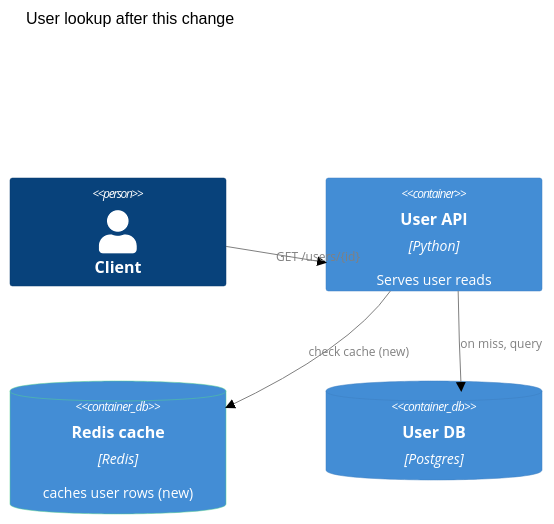
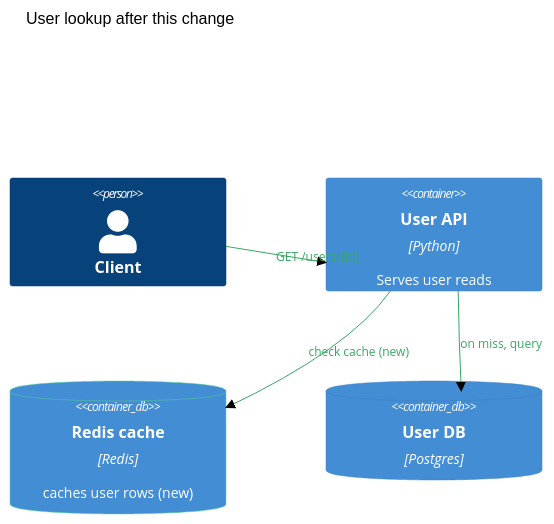
One commit to MattJColes/lgtmaybe changed the diagram in docs/how-to/generate-a-change-diagram.md. Above: the diagram before and after it, drawn with Mermaid (neutral theme). The commit also changed other lines of this file and 3 other files, not shown here.

First line of the commit message:
feat(diagram): light-green relationship lines and labels in C4 diagrams

````diff
--- a/docs/how-to/generate-a-change-diagram.md
+++ b/docs/how-to/generate-a-change-diagram.md
@@ -47,16 +47,16 @@
 ```mermaid
 C4Container
     title User lookup after this change
     Person(client, "Client")
     Container(api, "User API", "Python", "Serves user reads")
     ContainerDb(cache, "Redis cache", "Redis", "caches user rows (new)")
     ContainerDb(db, "User DB", "Postgres")
     Rel(client, api, "GET /users/{id}")
     Rel(api, cache, "check cache (new)")
     Rel(api, db, "on miss, query")
-    UpdateRelStyle(client, api, $textColor="#808080", $lineColor="#808080")
-    UpdateRelStyle(api, cache, $textColor="#808080", $lineColor="#808080")
-    UpdateRelStyle(api, db, $textColor="#808080", $lineColor="#808080")
+    UpdateRelStyle(client, api, $textColor="#34a862", $lineColor="#34a862")
+    UpdateRelStyle(api, cache, $textColor="#34a862", $lineColor="#34a862")
+    UpdateRelStyle(api, db, $textColor="#34a862", $lineColor="#34a862")
     UpdateElementStyle(cache, $borderColor="#54d090")
     UpdateLayoutConfig($c4ShapeInRow="3", $c4BoundaryInRow="1")
 ```
````
